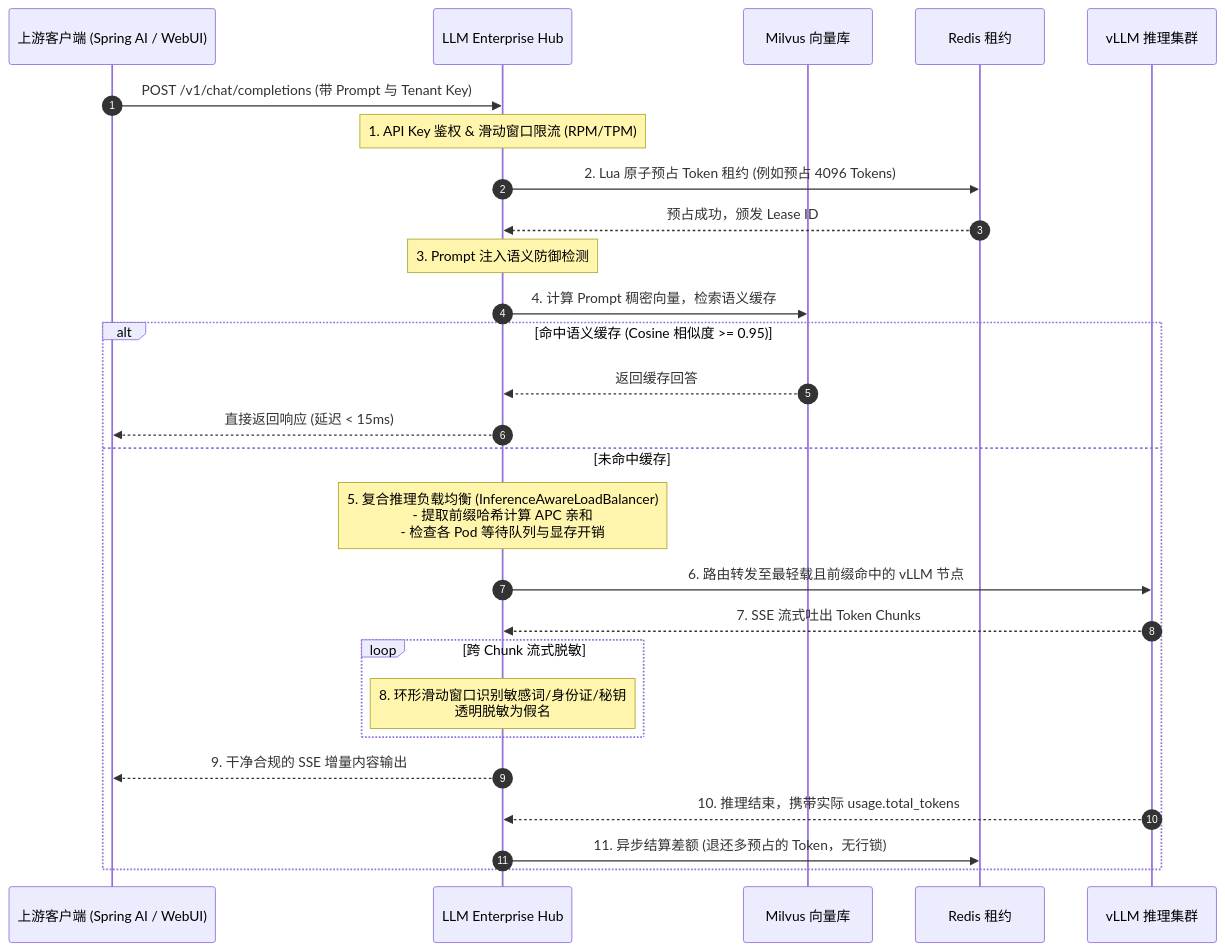
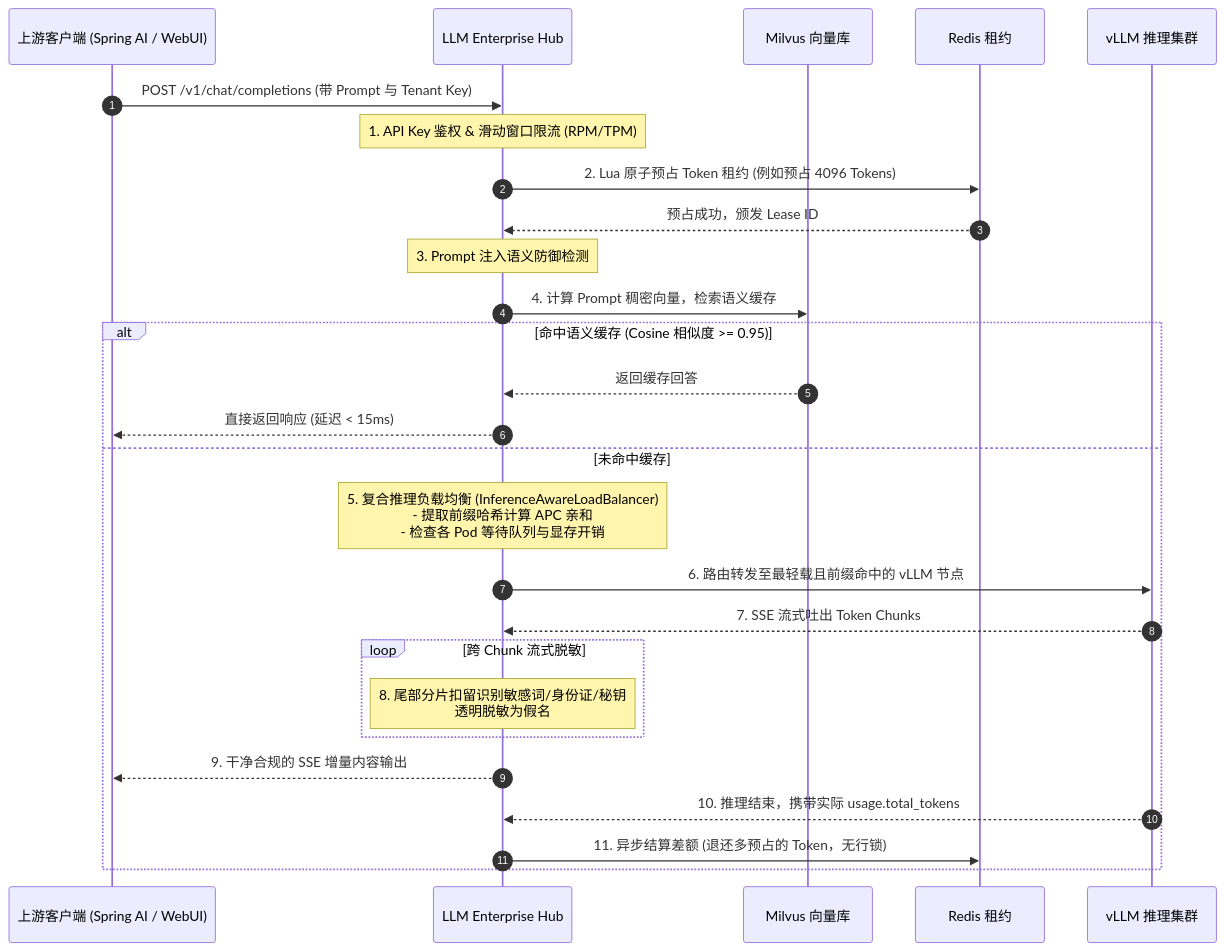
One commit to u8u7u87/llm-enterprise-hub changed the third of 5 diagrams in docs/ecosystem-positioning.md. Above: the diagram before and after it, drawn with Mermaid. The commit also changed 111 other files, not shown here.

````diff
--- a/docs/ecosystem-positioning.md
+++ b/docs/ecosystem-positioning.md
@@ -194,30 +194,30 @@
 ```mermaid
 sequenceDiagram
     autonumber
     participant App as 上游客户端 (Spring AI / WebUI)
     participant Hub as LLM Enterprise Hub
     participant Milvus as Milvus 向量库
     participant Redis as Redis 租约
     participant vLLM as vLLM 推理集群
 
     App->>Hub: POST /v1/chat/completions (带 Prompt 与 Tenant Key)
     Note over Hub: 1. API Key 鉴权 & 滑动窗口限流 (RPM/TPM)
     Hub->>Redis: 2. Lua 原子预占 Token 租约 (例如预占 4096 Tokens)
     Redis-->>Hub: 预占成功，颁发 Lease ID
     Note over Hub: 3. Prompt 注入语义防御检测
     Hub->>Milvus: 4. 计算 Prompt 稠密向量，检索语义缓存
     alt 命中语义缓存 (Cosine 相似度 >= 0.95)
         Milvus-->>Hub: 返回缓存回答
         Hub-->>App: 直接返回响应 (延迟 < 15ms)
     else 未命中缓存
         Note over Hub: 5. 复合推理负载均衡 (InferenceAwareLoadBalancer)<br>- 提取前缀哈希计算 APC 亲和<br>- 检查各 Pod 等待队列与显存开销
         Hub->>vLLM: 6. 路由转发至最轻载且前缀命中的 vLLM 节点
         vLLM-->>Hub: 7. SSE 流式吐出 Token Chunks
         loop 跨 Chunk 流式脱敏
-            Note over Hub: 8. 环形滑动窗口识别敏感词/身份证/秘钥<br>透明脱敏为假名
+            Note over Hub: 8. 尾部分片扣留识别敏感词/身份证/秘钥<br>透明脱敏为假名
         end
         Hub-->>App: 9. 干净合规的 SSE 增量内容输出
         vLLM-->>Hub: 10. 推理结束，携带实际 usage.total_tokens
         Hub->>Redis: 11. 异步结算差额 (退还多预占的 Token，无行锁)
     end
 ```
````
